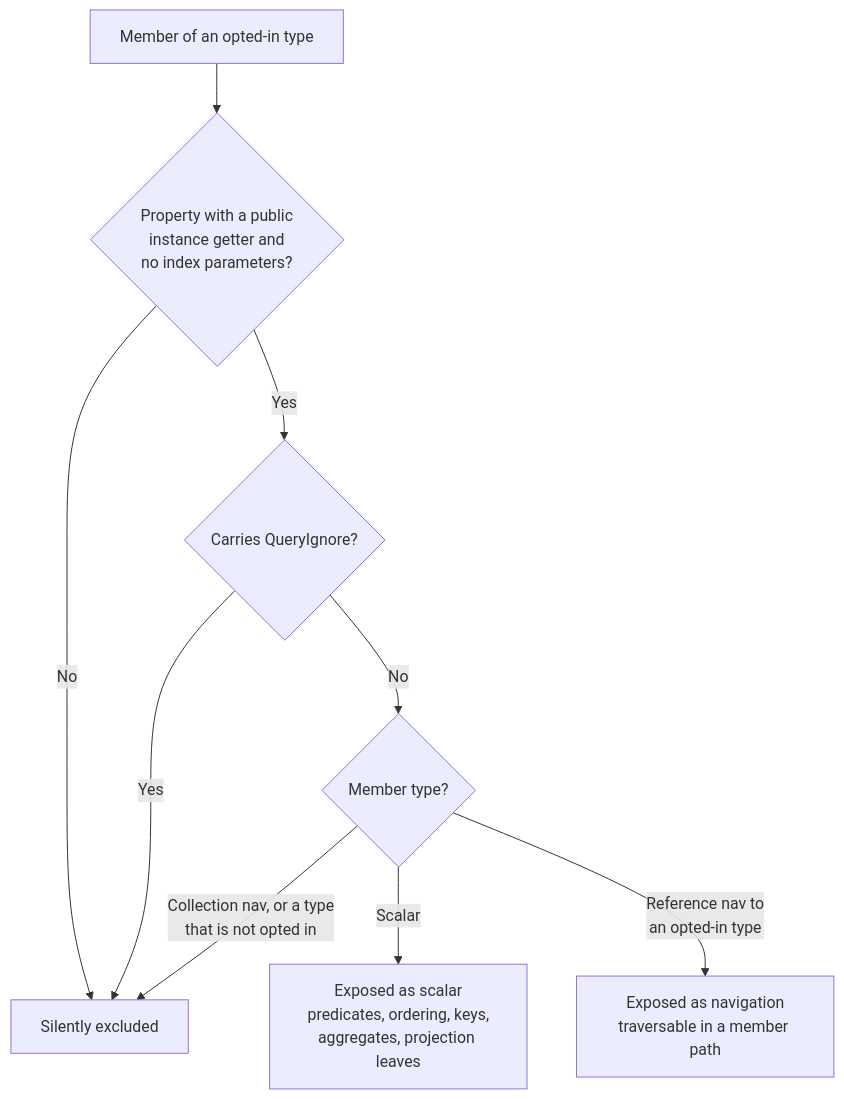
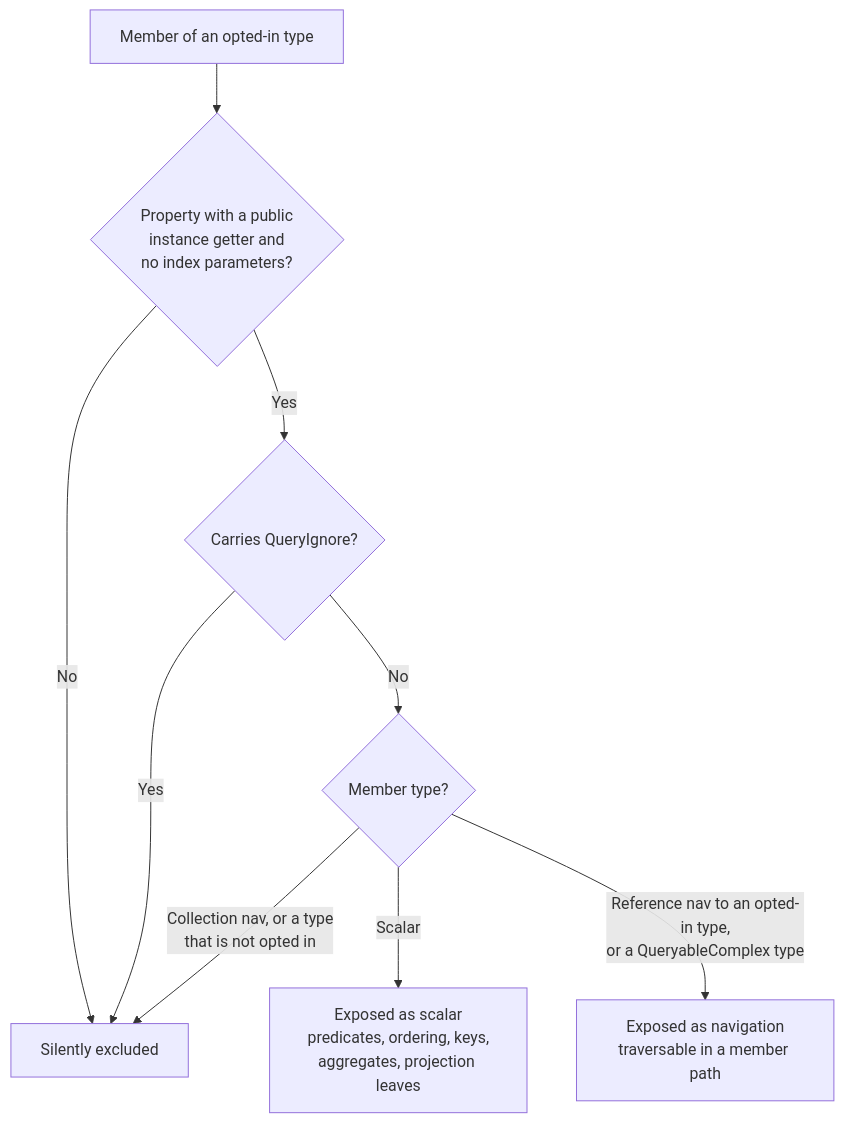
The diagram in docs/annotations.md (Papyrine/Scry), drawn with Mermaid before and after one commit. The commit also changed other lines of this file and 27 other files, not shown here.

````diff
--- a/docs/annotations.md
+++ b/docs/annotations.md
@@ -294,11 +347,11 @@
 ```mermaid
 flowchart TD
     M[Member of an opted-in type] --> Q1{Property with a public<br/>instance getter and<br/>no index parameters?}
     Q1 -- No --> X[Silently excluded]
     Q1 -- Yes --> Q2{Carries QueryIgnore?}
     Q2 -- Yes --> X
     Q2 -- No --> Q3{Member type?}
     Q3 -- Scalar --> S[Exposed as scalar<br/>predicates, ordering, keys,<br/>aggregates, projection leaves]
-    Q3 -- Reference nav to<br/>an opted-in type --> N[Exposed as navigation<br/>traversable in a member path]
+    Q3 -- Reference nav to an opted-in type,<br/>or a QueryableComplex type --> N[Exposed as navigation<br/>traversable in a member path]
     Q3 -- Collection nav, or a type<br/>that is not opted in --> X
 ```
````
